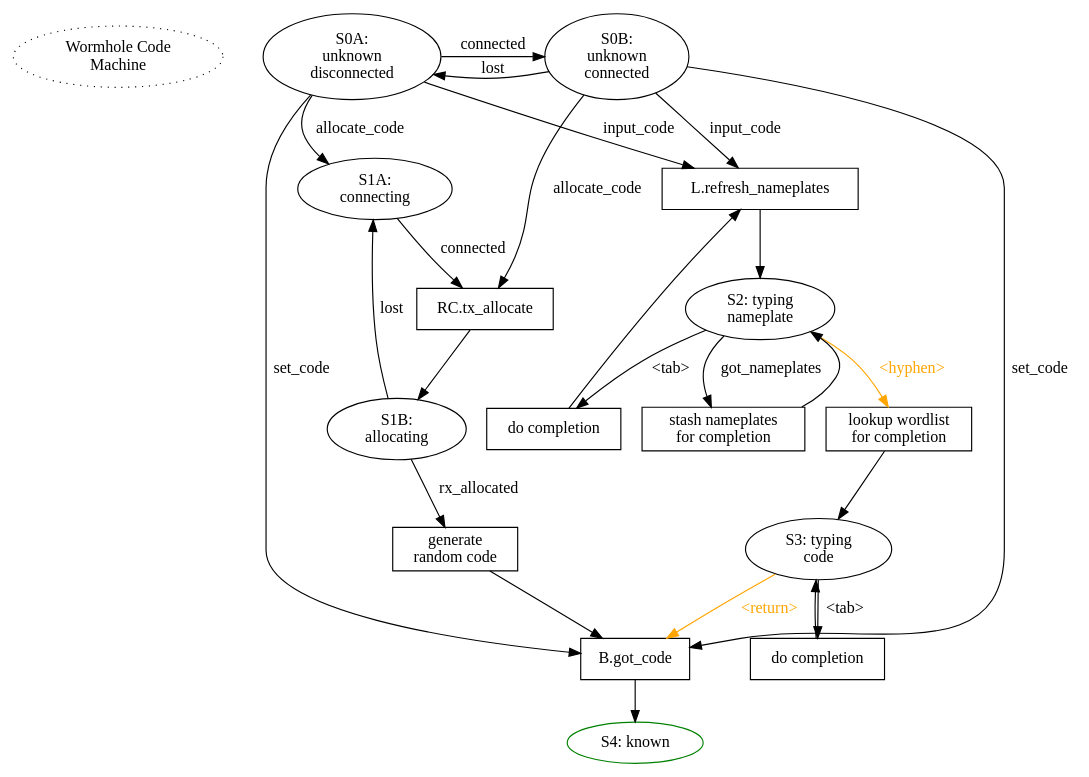
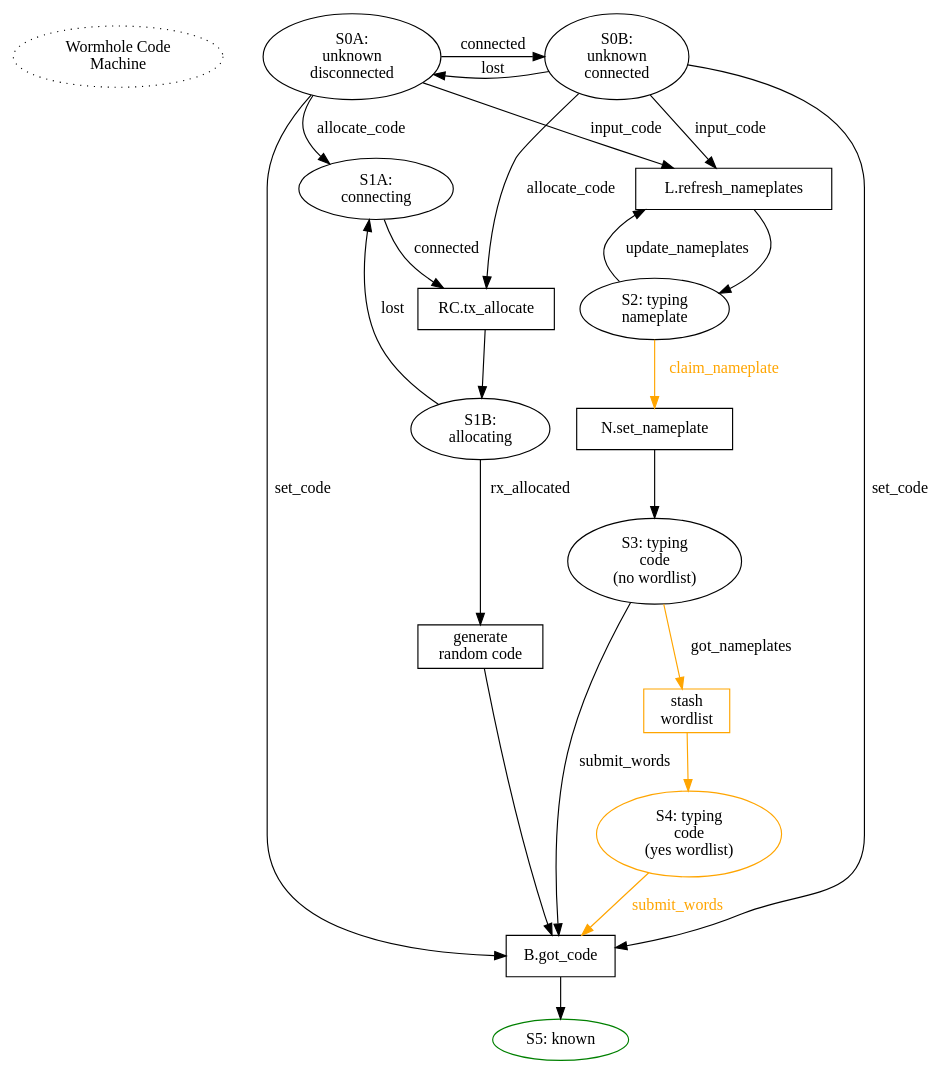
Before and after one commit to magic-wormhole/magic-wormhole: the diagram in docs/state-machines/code.dot, drawn with Graphviz.

Commit message:
work on new Code state machine design

```diff
--- a/docs/state-machines/code.dot
+++ b/docs/state-machines/code.dot
@@ -1,53 +1,48 @@
 digraph {
 
         start [label="Wormhole Code\nMachine" style="dotted"]
         {rank=same; start S0A S0B}
         start -> S0A [style="invis"]
         S0A [label="S0A:\nunknown\ndisconnected"]
         S0A -> S0B [label="connected"]
         S0B -> S0A [label="lost"]
         S0B [label="S0B:\nunknown\nconnected"]
         S0A -> P0_got_code [label="set_code"]
         S0B -> P0_got_code [label="set_code"]
         P0_got_code [shape="box" label="B.got_code"]
-        P0_got_code -> S4
-        S4 [label="S4: known" color="green"]
+        P0_got_code -> S5
+        S5 [label="S5: known" color="green"]
 
         S0A -> P0_list_nameplates [label="input_code"]
         S0B -> P0_list_nameplates [label="input_code"]
         S2 [label="S2: typing\nnameplate"]
 
-        S2 -> P2_completion [label="<tab>"]
-        P2_completion [shape="box" label="do completion"]
-        P2_completion -> P0_list_nameplates
+        S2 -> P0_list_nameplates [label="update_nameplates"]
         P0_list_nameplates [shape="box" label="L.refresh_nameplates"]
         P0_list_nameplates -> S2
 
-        S2 -> P2_got_nameplates [label="got_nameplates"]
-        P2_got_nameplates [shape="box" label="stash nameplates\nfor completion"]
-        P2_got_nameplates -> S2
-        S2 -> P2_finish [label="<hyphen>" color="orange" fontcolor="orange"]
-        P2_finish [shape="box" label="lookup wordlist\nfor completion"]
-        P2_finish -> S3
-        S3 [label="S3: typing\ncode"]
-        S3 -> P3_completion [label="<tab>"]
-        P3_completion [shape="box" label="do completion"]
-        P3_completion -> S3
-
-        S3 -> P0_got_code [label="<return>"
-                           color="orange" fontcolor="orange"]
+        S2 -> P2_claim [label="claim_nameplate" color="orange" fontcolor="orange"]
+        P2_claim [shape="box" label="N.set_nameplate"]
+        P2_claim -> S3
+        S3 [label="S3: typing\ncode\n(no wordlist)"]
+        S3 -> P3_stash_wordlist [label="got_nameplates" color="orange"]
+        P3_stash_wordlist [shape="box" label="stash\nwordlist" color="orange"]
+        P3_stash_wordlist -> S4 [color="orange"]
+        S3 -> P0_got_code [label="submit_words"]
+        S4 [label="S4: typing\ncode\n(yes wordlist)" color="orange"]
+        S4 -> P0_got_code [label="submit_words" color="orange" fontcolor="orange"]
 
         S0A -> S1A [label="allocate_code"]
         S1A [label="S1A:\nconnecting"]
         S1A -> P1_allocate [label="connected"]
         P1_allocate [shape="box" label="RC.tx_allocate"]
         P1_allocate -> S1B
         S1B [label="S1B:\nallocating"]
         S1B -> P1_generate [label="rx_allocated"]
         S1B -> S1A [label="lost"]
         P1_generate [shape="box" label="generate\nrandom code"]
         P1_generate -> P0_got_code
 
         S0B -> P1_allocate [label="allocate_code"]
         
 }
```
